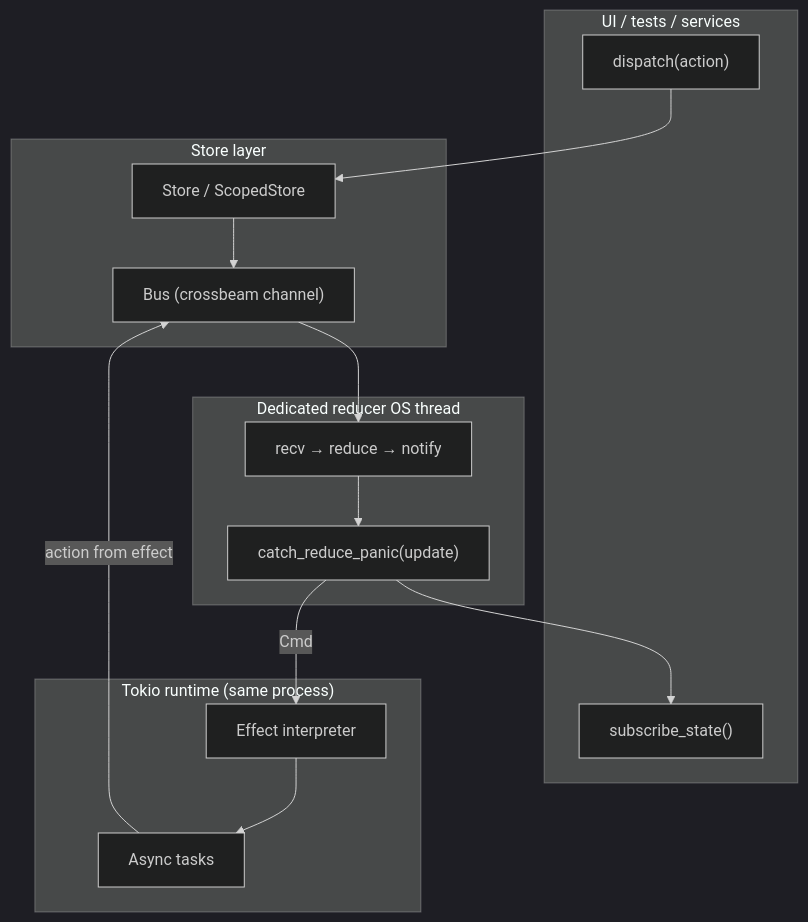
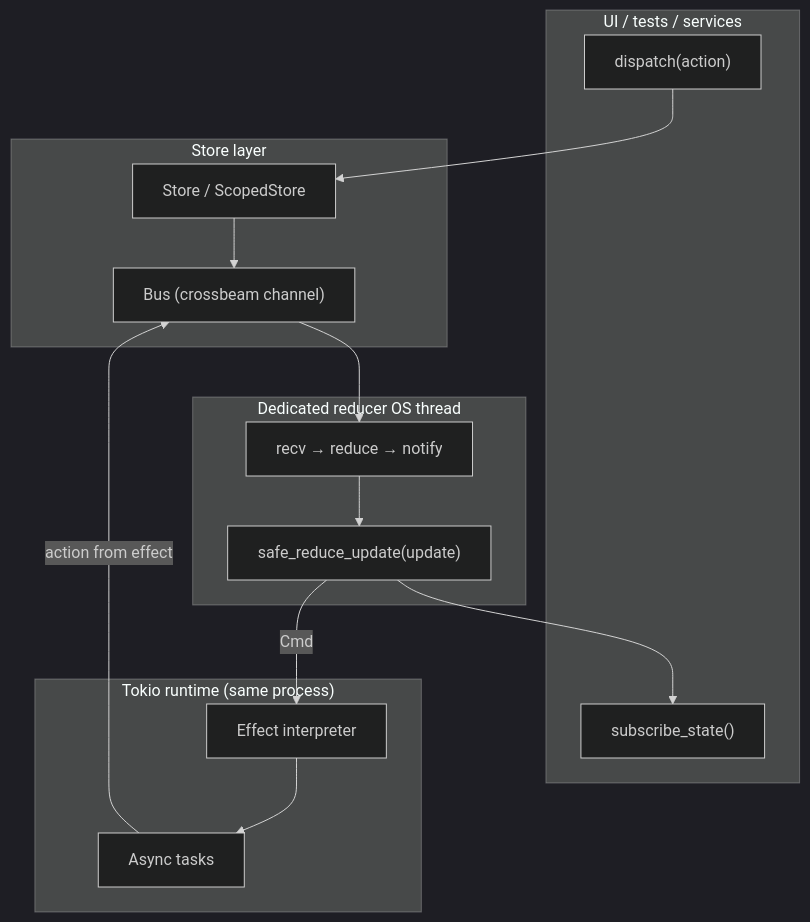
One commit to akashsoni01/rust-key-paths changed the first of 8 diagrams in rust-elm/book/architecture.md. Above: the diagram before and after it, drawn with Mermaid (dark theme). The commit also changed other lines of this file and 13 other files, not shown here.

Commit message:
safe reduce added

````diff
--- a/rust-elm/book/architecture.md
+++ b/rust-elm/book/architecture.md
@@ -20,31 +20,31 @@
 ```mermaid
 flowchart TB
     subgraph UI["UI / tests / services"]
         Dispatch["dispatch(action)"]
         Subscribe["subscribe_state()"]
     end
 
     subgraph StoreLayer["Store layer"]
         Store["Store / ScopedStore"]
         Bus["Bus (crossbeam channel)"]
     end
 
     subgraph ReducerThread["Dedicated reducer OS thread"]
         Loop["recv → reduce → notify"]
-        Reduce["catch_reduce_panic(update)"]
+        Reduce["safe_reduce_update(update)"]
     end
 
     subgraph TokioRT["Tokio runtime (same process)"]
         Interpreter["Effect interpreter"]
         Tasks["Async tasks"]
     end
 
     Dispatch --> Store
     Store --> Bus
     Bus --> Loop
     Loop --> Reduce
     Reduce -->|Cmd| Interpreter
     Interpreter --> Tasks
     Tasks -->|action from effect| Bus
     Reduce --> Subscribe
 ```
````
